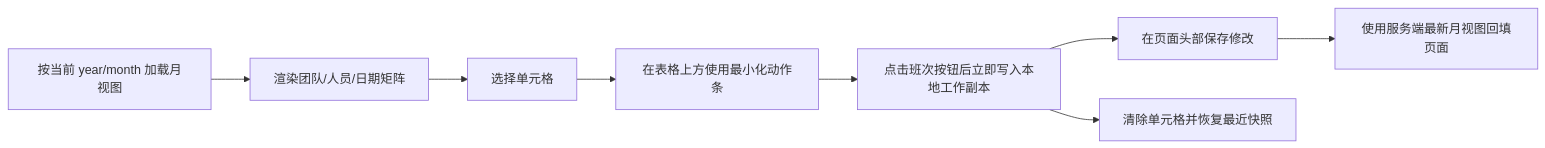
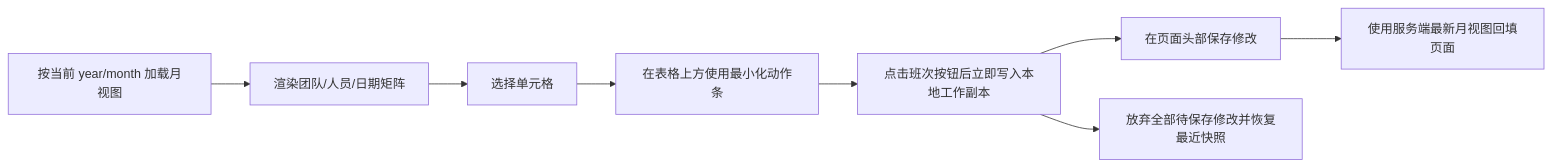
Before and after one commit to yachi666/support-roster-ui: the diagram in .specs/workspace/pages/monthly-roster.md, drawn with Mermaid. The commit also changed 2 other files, not shown here.

Commit message:
Clarify monthly roster discard flow

````diff
--- a/.specs/workspace/pages/monthly-roster.md
+++ b/.specs/workspace/pages/monthly-roster.md
@@ -19,10 +19,10 @@
 ```mermaid
 flowchart LR
     LOAD[按当前 year/month 加载月视图] --> GRID[渲染团队/人员/日期矩阵]
     GRID --> SELECT[选择单元格]
     SELECT --> BAR[在表格上方使用最小化动作条]
     BAR --> APPLY[点击班次按钮后立即写入本地工作副本]
     APPLY --> SAVE[在页面头部保存修改]
     SAVE --> REFRESH[使用服务端最新月视图回填页面]
-    APPLY --> DISCARD[清除单元格并恢复最近快照]
+    APPLY --> DISCARD[放弃全部待保存修改并恢复最近快照]
 ```
````
